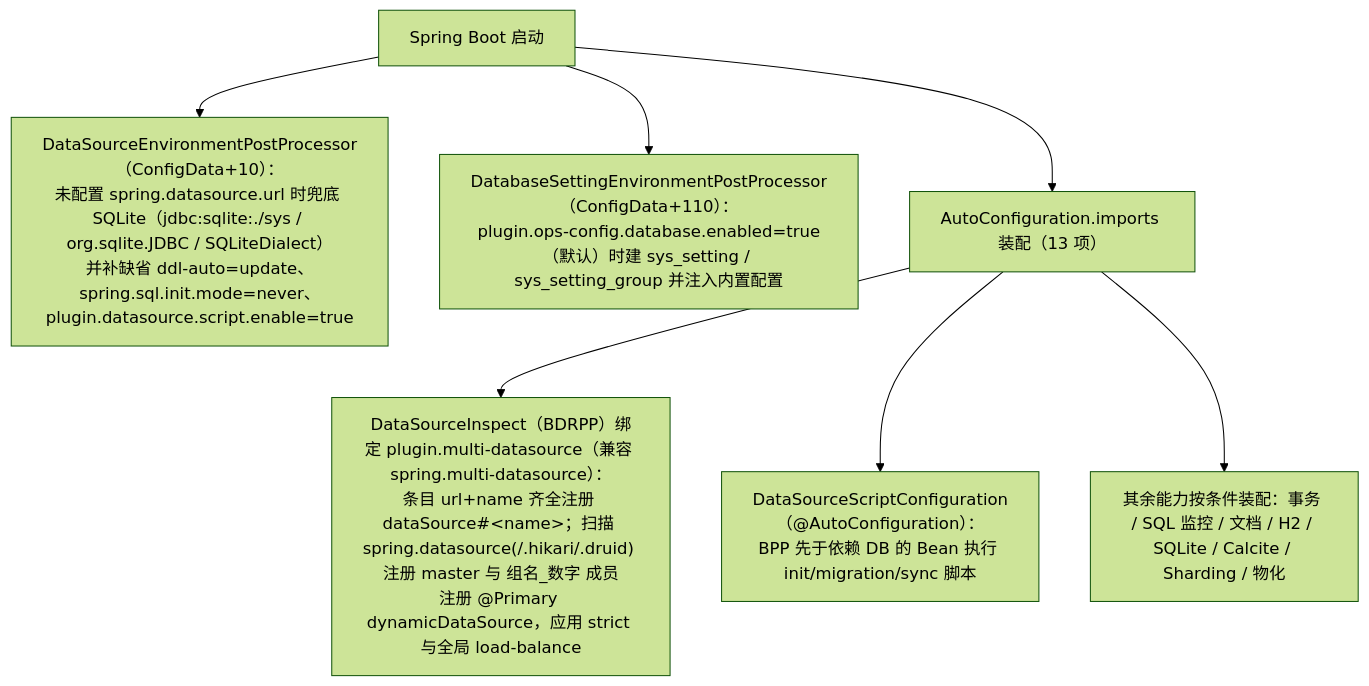
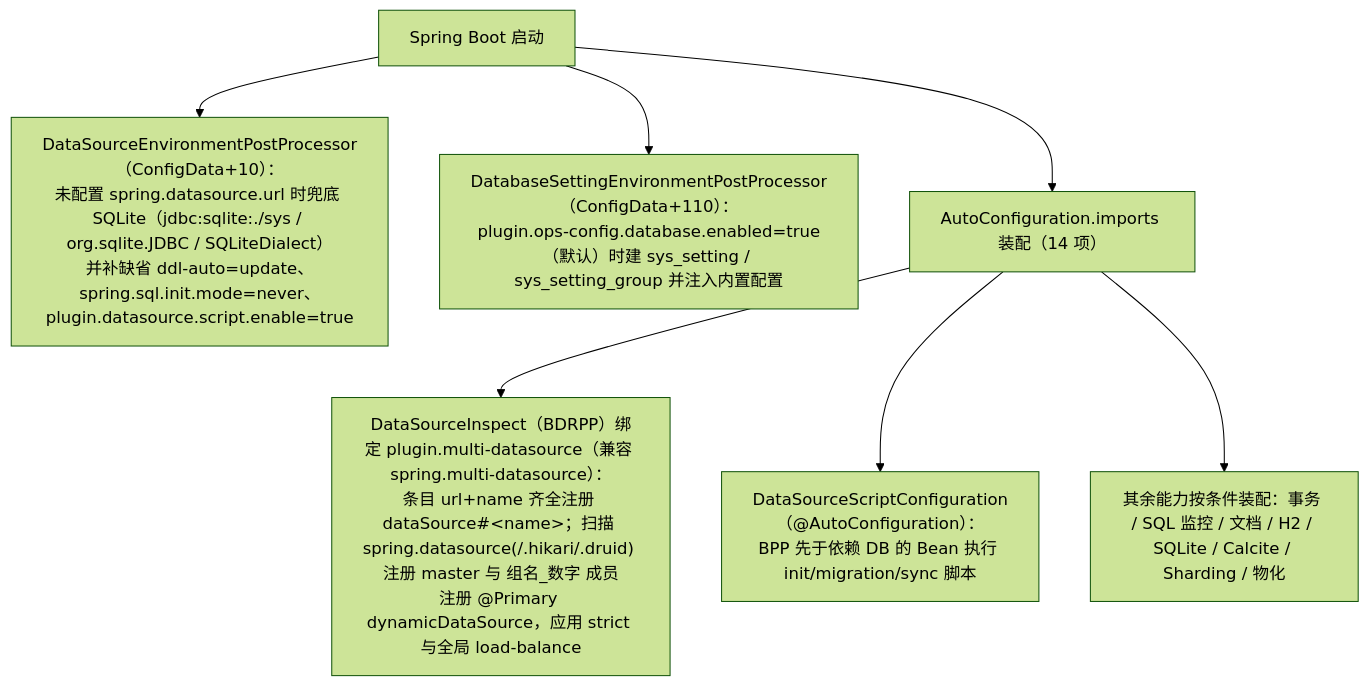
Before and after one commit to CHTK001/spring-support-parent-starter: the second of 2 diagrams in spring-support-datasource-starter/README.md, drawn with Mermaid (forest theme). The commit also changed other lines of this file and 72 other files, not shown here.

````diff
--- a/spring-support-datasource-starter/README.md
+++ b/spring-support-datasource-starter/README.md
@@ -47,9 +47,9 @@
 ```mermaid
 flowchart TD
     A["Spring Boot 启动"] --> B["DataSourceEnvironmentPostProcessor（ConfigData+10）：<br/>未配置 spring.datasource.url 时兜底 SQLite（jdbc:sqlite:./sys / org.sqlite.JDBC / SQLiteDialect）<br/>并补缺省 ddl-auto=update、spring.sql.init.mode=never、plugin.datasource.script.enable=true"]
     A --> C["DatabaseSettingEnvironmentPostProcessor（ConfigData+110）：<br/>plugin.ops-config.database.enabled=true（默认）时建 sys_setting / sys_setting_group 并注入内置配置"]
-    A --> D["AutoConfiguration.imports 装配（13 项）"]
+    A --> D["AutoConfiguration.imports 装配（14 项）"]
     D --> E["DataSourceInspect（BDRPP）绑定 plugin.multi-datasource（兼容 spring.multi-datasource）：<br/>条目 url+name 齐全注册 dataSource#&lt;name&gt;；扫描 spring.datasource(/.hikari/.druid) 注册 master 与 组名_数字 成员<br/>注册 @Primary dynamicDataSource，应用 strict 与全局 load-balance"]
     D --> I["DataSourceScriptConfiguration（@AutoConfiguration）：<br/>BPP 先于依赖 DB 的 Bean 执行 init/migration/sync 脚本"]
     D --> J["其余能力按条件装配：事务 / SQL 监控 / 文档 / H2 / SQLite / Calcite / Sharding / 物化"]
 ```
````
